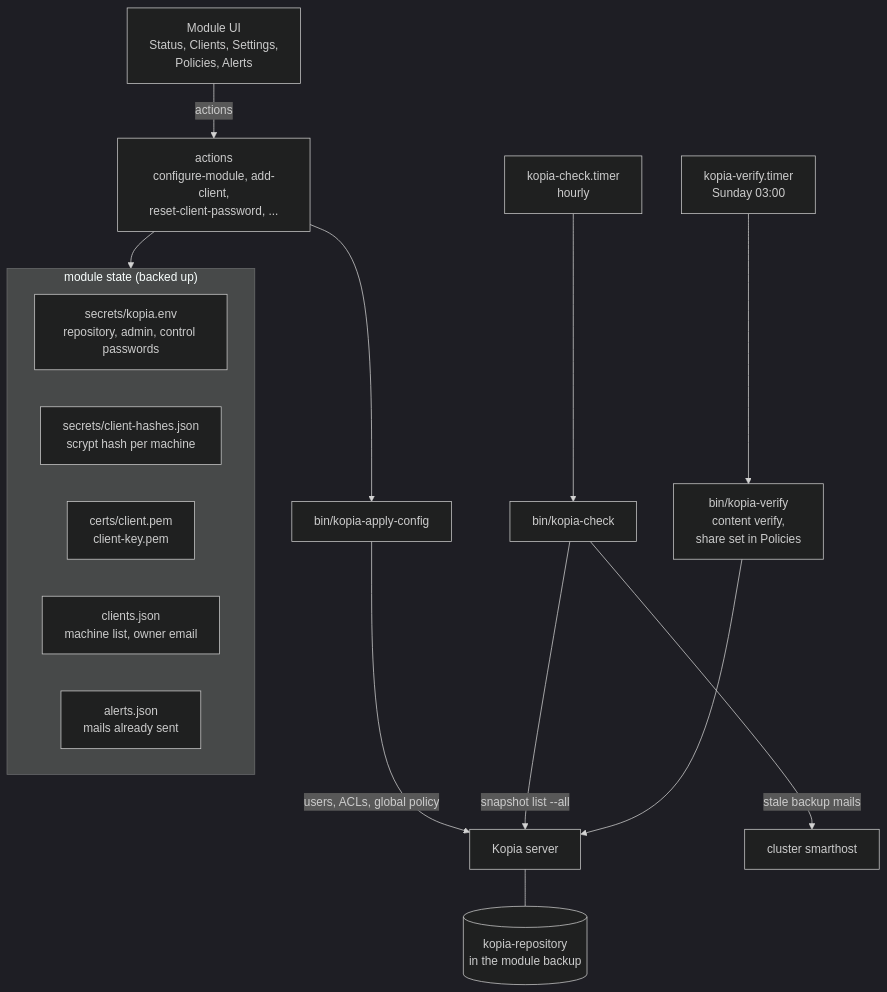
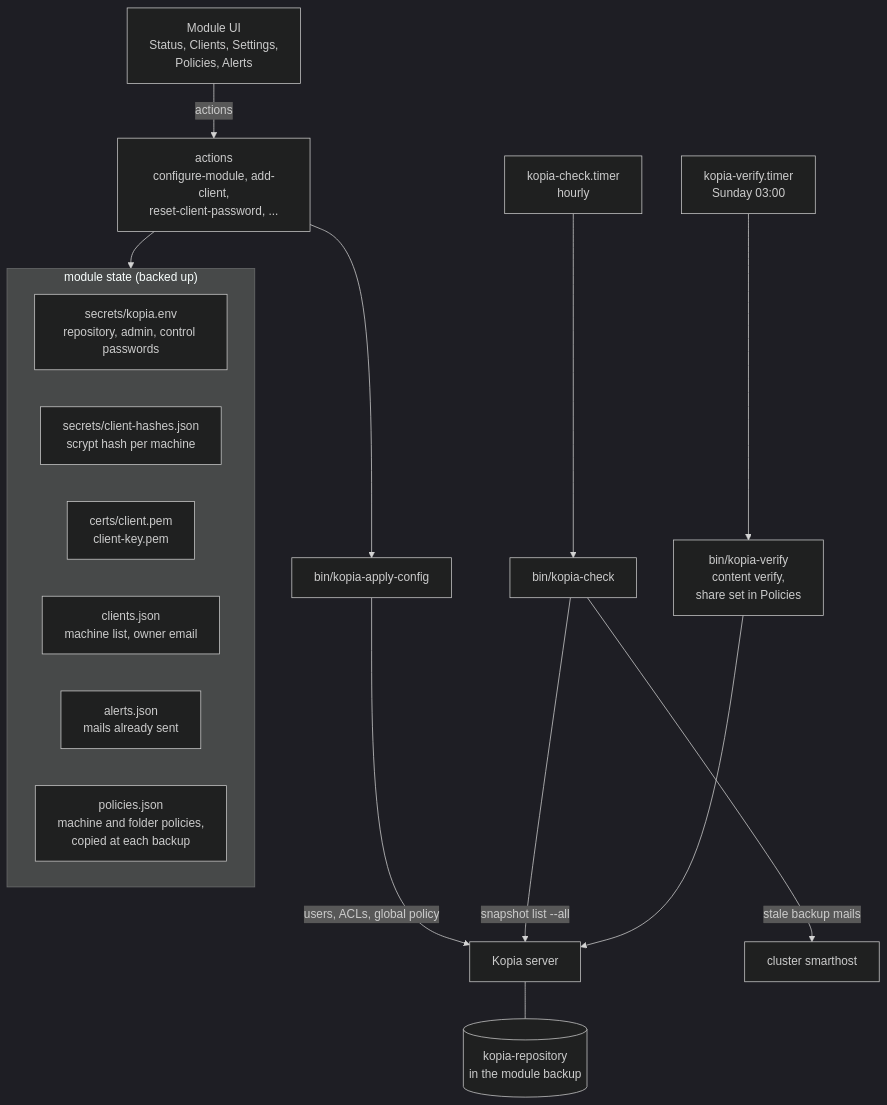
Before and after one commit to stephdl/ns8-kopia: the second of 3 diagrams in docs/architecture.md, drawn with Mermaid (dark theme). The commit also changed other lines of this file and 18 other files, not shown here.

````diff
--- a/docs/architecture.md
+++ b/docs/architecture.md
@@ -44,20 +44,21 @@
 ```mermaid
 flowchart TB
     UI["Module UI<br/>Status, Clients, Settings,<br/>Policies, Alerts"] -- actions --> ACT
     subgraph State["module state (backed up)"]
         S1["secrets/kopia.env<br/>repository, admin, control passwords"]
         S2["secrets/client-hashes.json<br/>scrypt hash per machine"]
         S3["certs/client.pem<br/>client-key.pem"]
         S4["clients.json<br/>machine list, owner email"]
         S5["alerts.json<br/>mails already sent"]
+        S6["policies.json<br/>machine and folder policies,<br/>copied at each backup"]
     end
     ACT["actions<br/>configure-module, add-client,<br/>reset-client-password, ..."] --> State
     ACT --> APPLY["bin/kopia-apply-config"]
     APPLY -- "users, ACLs, global policy" --> K[Kopia server]
     T1["kopia-check.timer<br/>hourly"] --> CHECK["bin/kopia-check"]
     CHECK -- "snapshot list --all" --> K
     CHECK -- "stale backup mails" --> SMTP["cluster smarthost"]
     T2["kopia-verify.timer<br/>Sunday 03:00"] --> VERIFY["bin/kopia-verify<br/>content verify,<br/>share set in Policies"]
     VERIFY --> K
     K --- REPO[("kopia-repository<br/>in the module backup")]
 ```
````
